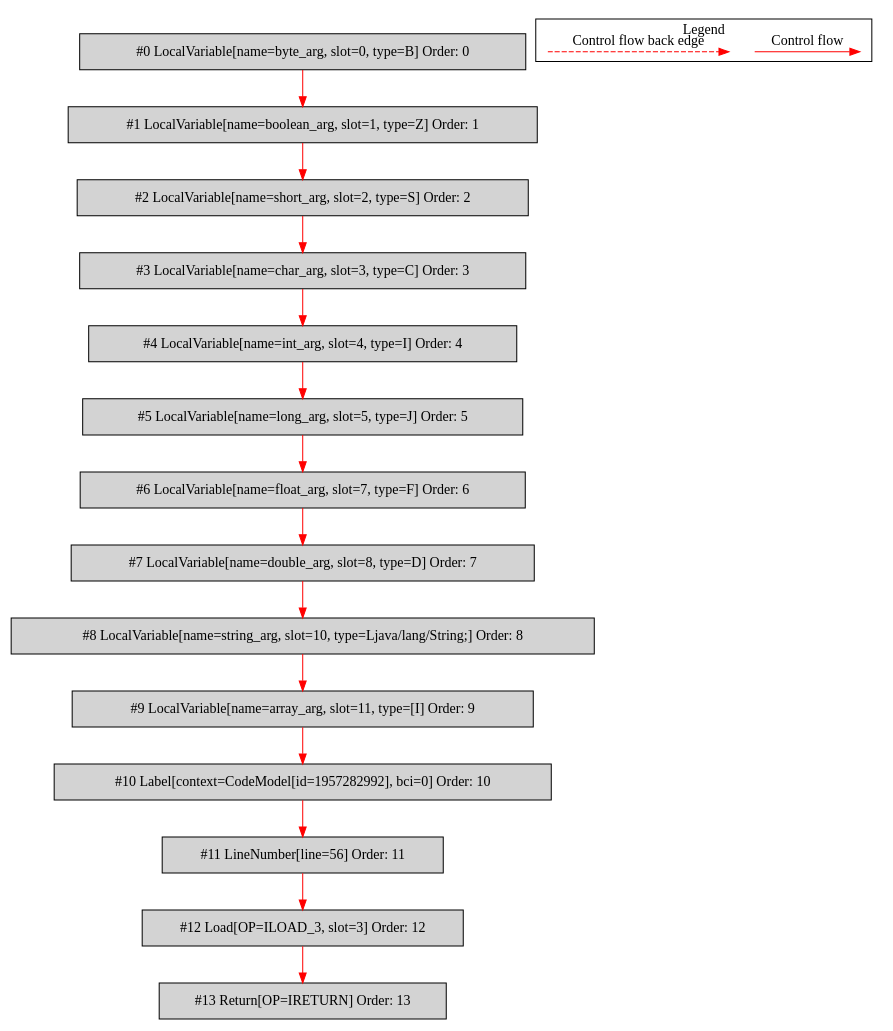
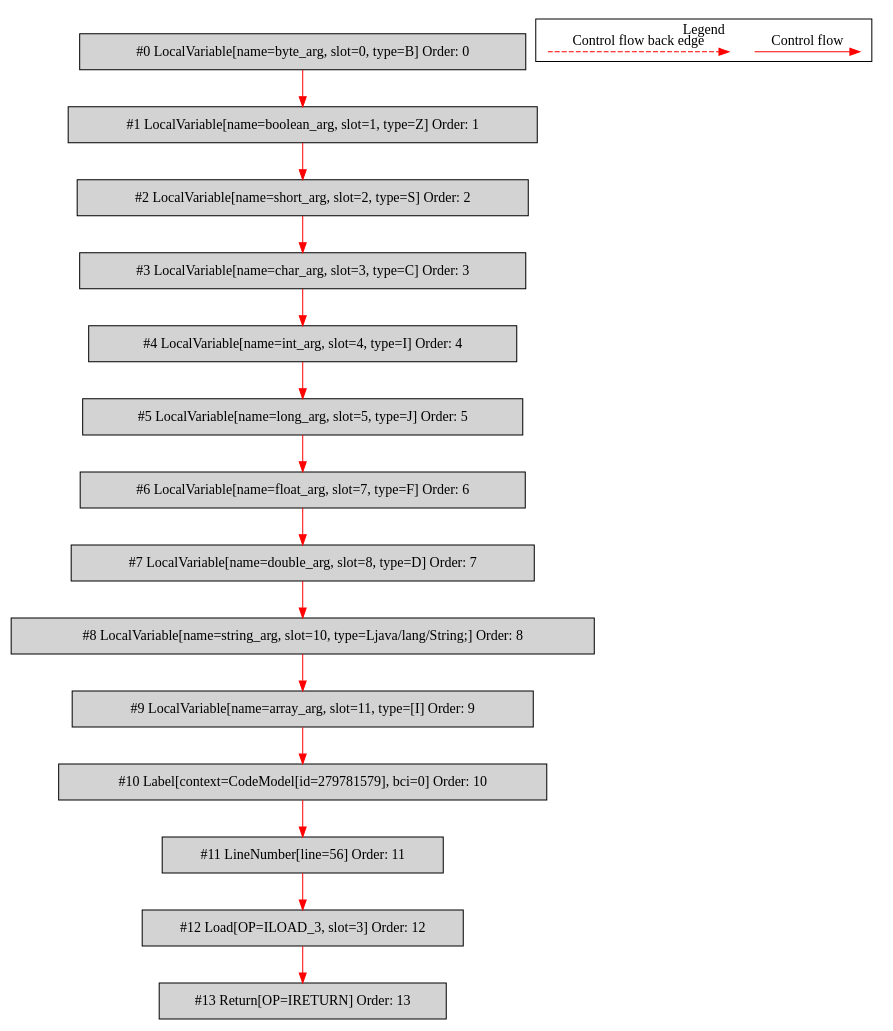
Before and after one commit to mirkosertic/MetaIR: the diagram in de.mirkosertic.metair.ir.examples.MethodInvokeTest/simple_method_return_char/bytecodecfg.dot, drawn with Graphviz. The commit also changed 1418 other files, not shown here.

```diff
--- a/de.mirkosertic.metair.ir.examples.MethodInvokeTest/simple_method_return_char/bytecodecfg.dot
+++ b/de.mirkosertic.metair.ir.examples.MethodInvokeTest/simple_method_return_char/bytecodecfg.dot
@@ -1,44 +1,44 @@
 digraph {
  ordering="in";
  node0[label="#0 LocalVariable[name=byte_arg, slot=0, type=B] Order: 0", shape=box, fillcolor=lightgrey, style=filled];
  node1[label="#1 LocalVariable[name=boolean_arg, slot=1, type=Z] Order: 1", shape=box, fillcolor=lightgrey, style=filled];
  node2[label="#2 LocalVariable[name=short_arg, slot=2, type=S] Order: 2", shape=box, fillcolor=lightgrey, style=filled];
  node3[label="#3 LocalVariable[name=char_arg, slot=3, type=C] Order: 3", shape=box, fillcolor=lightgrey, style=filled];
  node4[label="#4 LocalVariable[name=int_arg, slot=4, type=I] Order: 4", shape=box, fillcolor=lightgrey, style=filled];
  node5[label="#5 LocalVariable[name=long_arg, slot=5, type=J] Order: 5", shape=box, fillcolor=lightgrey, style=filled];
  node6[label="#6 LocalVariable[name=float_arg, slot=7, type=F] Order: 6", shape=box, fillcolor=lightgrey, style=filled];
  node7[label="#7 LocalVariable[name=double_arg, slot=8, type=D] Order: 7", shape=box, fillcolor=lightgrey, style=filled];
  node8[label="#8 LocalVariable[name=string_arg, slot=10, type=Ljava/lang/String;] Order: 8", shape=box, fillcolor=lightgrey, style=filled];
  node9[label="#9 LocalVariable[name=array_arg, slot=11, type=[I] Order: 9", shape=box, fillcolor=lightgrey, style=filled];
- node10[label="#10 Label[context=CodeModel[id=1957282992], bci=0] Order: 10", shape=box, fillcolor=lightgrey, style=filled];
+ node10[label="#10 Label[context=CodeModel[id=279781579], bci=0] Order: 10", shape=box, fillcolor=lightgrey, style=filled];
  node11[label="#11 LineNumber[line=56] Order: 11", shape=box, fillcolor=lightgrey, style=filled];
  node12[label="#12 Load[OP=ILOAD_3, slot=3] Order: 12", shape=box, fillcolor=lightgrey, style=filled];
  node13[label="#13 Return[OP=IRETURN] Order: 13", shape=box, fillcolor=lightgrey, style=filled];
  node0 -> node1[color=red];
  node1 -> node2[color=red];
  node2 -> node3[color=red];
  node3 -> node4[color=red];
  node4 -> node5[color=red];
  node5 -> node6[color=red];
  node6 -> node7[color=red];
  node7 -> node8[color=red];
  node8 -> node9[color=red];
  node9 -> node10[color=red];
  node10 -> node11[color=red];
  node11 -> node12[color=red];
  node12 -> node13[color=red];
  subgraph cluster_000 {
   label = "Legend";
   node [shape=point]
   {
    rank=same;
    c0 [style = invis];
    c1 [style = invis];
    c2 [style = invis];
    c3 [style = invis];
   }
   c0 -> c1 [label="Control flow", style=solid, color=red]
   c2 -> c3 [label="Control flow back edge", style=dashed, color=red]
  }
 
 }
```
